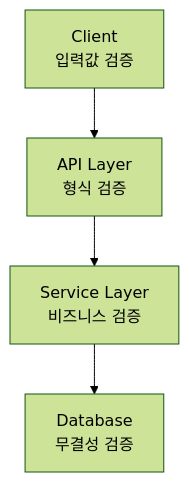
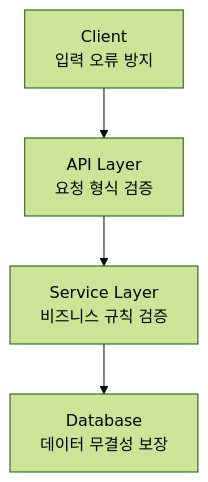
Before and after one commit to sanghoon-lee/sanghoon-lee.github.io: the second of 2 diagrams in _posts/2026-03-22-normalize.md, drawn with Mermaid (forest theme). The commit also changed other lines of this file, not shown here.

````diff
--- a/_posts/2026-03-22-normalize.md
+++ b/_posts/2026-03-22-normalize.md
@@ -166,12 +168,12 @@
 ```mermaid
 flowchart TD
 
-A[Client<br/>입력값 검증]
-B[API Layer<br/>형식 검증]
-C[Service Layer<br/>비즈니스 검증]
-D[Database<br/>무결성 검증]
+A[Client<br/>입력 오류 방지]
+B[API Layer<br/>요청 형식 검증]
+C[Service Layer<br/>비즈니스 규칙 검증]
+D[Database<br/>데이터 무결성 보장]
 
 A --> B
 B --> C
 C --> D
 ```
````
